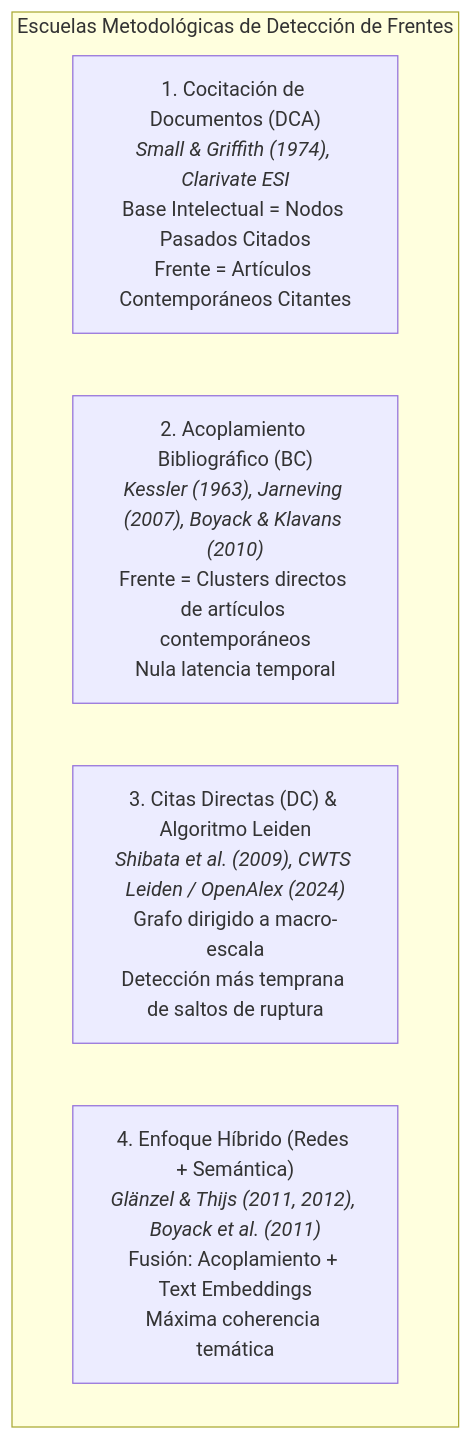
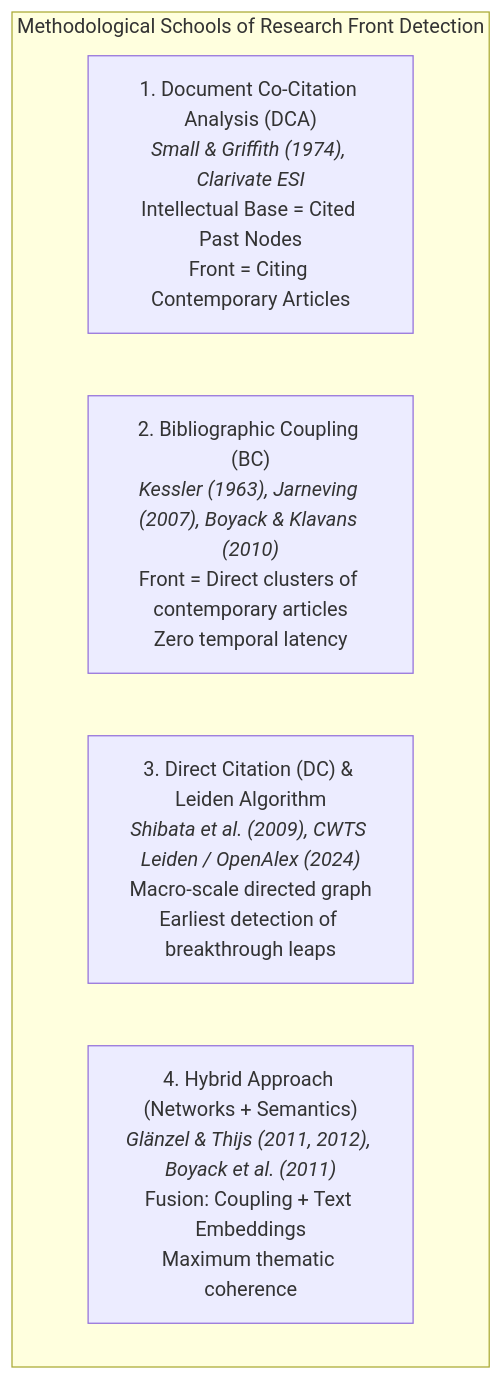
Before and after one commit to chilti/sos-mcp-services: the diagram in .agents/skills/topics-research-fronts-intelligence/references/bibliometric_methods_benchmark.md, drawn with Mermaid. The commit also changed other lines of this file and 129 other files, not shown here.

````diff
--- a/.agents/skills/topics-research-fronts-intelligence/references/bibliometric_methods_benchmark.md
+++ b/.agents/skills/topics-research-fronts-intelligence/references/bibliometric_methods_benchmark.md
@@ -16,9 +16,9 @@
 ```mermaid
 graph TD
-    subgraph Escuelas["Escuelas Metodológicas de Detección de Frentes"]
-        E1["1. Cocitación de Documentos (DCA)<br><i>Small & Griffith (1974), Clarivate ESI</i><br>Base Intelectual = Nodos Pasados Citados<br>Frente = Artículos Contemporáneos Citantes"]
-        E2["2. Acoplamiento Bibliográfico (BC)<br><i>Kessler (1963), Jarneving (2007), Boyack & Klavans (2010)</i><br>Frente = Clusters directos de artículos contemporáneos<br>Nula latencia temporal"]
-        E3["3. Citas Directas (DC) & Algoritmo Leiden<br><i>Shibata et al. (2009), CWTS Leiden / OpenAlex (2024)</i><br>Grafo dirigido a macro-escala<br>Detección más temprana de saltos de ruptura"]
-        E4["4. Enfoque Híbrido (Redes + Semántica)<br><i>Glänzel & Thijs (2011, 2012), Boyack et al. (2011)</i><br>Fusión: Acoplamiento + Text Embeddings<br>Máxima coherencia temática"]
+    subgraph Schools["Methodological Schools of Research Front Detection"]
+        E1["1. Document Co-Citation Analysis (DCA)<br><i>Small & Griffith (1974), Clarivate ESI</i><br>Intellectual Base = Cited Past Nodes<br>Front = Citing Contemporary Articles"]
+        E2["2. Bibliographic Coupling (BC)<br><i>Kessler (1963), Jarneving (2007), Boyack & Klavans (2010)</i><br>Front = Direct clusters of contemporary articles<br>Zero temporal latency"]
+        E3["3. Direct Citation (DC) & Leiden Algorithm<br><i>Shibata et al. (2009), CWTS Leiden / OpenAlex (2024)</i><br>Macro-scale directed graph<br>Earliest detection of breakthrough leaps"]
+        E4["4. Hybrid Approach (Networks + Semantics)<br><i>Glänzel & Thijs (2011, 2012), Boyack et al. (2011)</i><br>Fusion: Coupling + Text Embeddings<br>Maximum thematic coherence"]
     end
 ```
````
